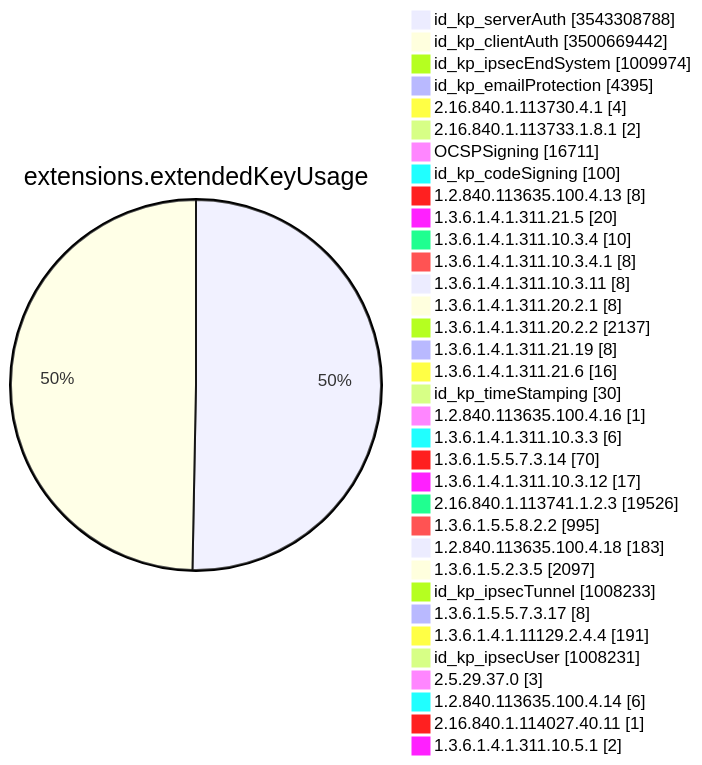
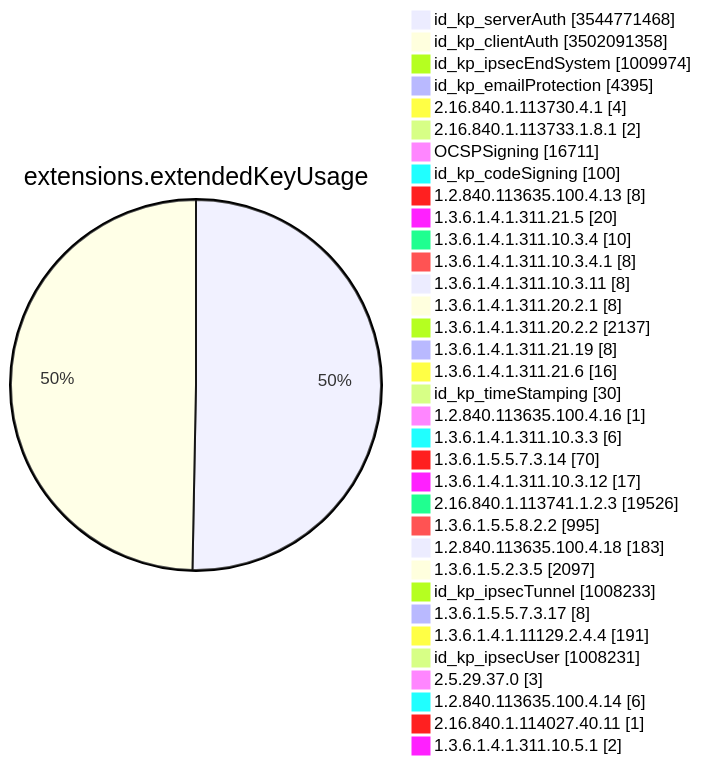
One commit to christiankrug/ctmonitor_visualization changed diagram 11 of 15 in TOTAL/README.md. Above: the diagram before and after it, drawn with Mermaid. The commit also changed other lines of this file, not shown here.

````diff
--- a/TOTAL/README.md
+++ b/TOTAL/README.md
@@ -4127,38 +4127,38 @@
 ```mermaid
 pie showData
 title extensions.extendedKeyUsage
-"id_kp_serverAuth" :3543308788
-"id_kp_clientAuth" :3500669442
+"id_kp_serverAuth" :3544771468
+"id_kp_clientAuth" :3502091358
 "id_kp_ipsecEndSystem" :1009974
 "id_kp_emailProtection" :4395
 "2.16.840.1.113730.4.1" :4
 "2.16.840.1.113733.1.8.1" :2
 "OCSPSigning" :16711
 "id_kp_codeSigning" :100
 "1.2.840.113635.100.4.13" :8
 "1.3.6.1.4.1.311.21.5" :20
 "1.3.6.1.4.1.311.10.3.4" :10
 "1.3.6.1.4.1.311.10.3.4.1" :8
 "1.3.6.1.4.1.311.10.3.11" :8
 "1.3.6.1.4.1.311.20.2.1" :8
 "1.3.6.1.4.1.311.20.2.2" :2137
 "1.3.6.1.4.1.311.21.19" :8
 "1.3.6.1.4.1.311.21.6" :16
 "id_kp_timeStamping" :30
 "1.2.840.113635.100.4.16" :1
 "1.3.6.1.4.1.311.10.3.3" :6
 "1.3.6.1.5.5.7.3.14" :70
 "1.3.6.1.4.1.311.10.3.12" :17
 "2.16.840.1.113741.1.2.3" :19526
 "1.3.6.1.5.5.8.2.2" :995
 "1.2.840.113635.100.4.18" :183
 "1.3.6.1.5.2.3.5" :2097
 "id_kp_ipsecTunnel" :1008233
 "1.3.6.1.5.5.7.3.17" :8
 "1.3.6.1.4.1.11129.2.4.4" :191
 "id_kp_ipsecUser" :1008231
 "2.5.29.37.0" :3
 "1.2.840.113635.100.4.14" :6
 "2.16.840.1.114027.40.11" :1
 "1.3.6.1.4.1.311.10.5.1" :2
 ```
````
